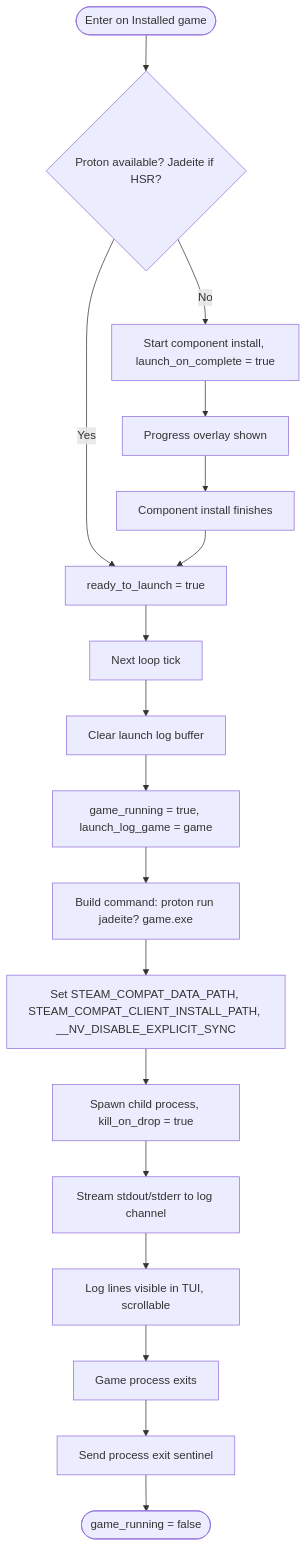
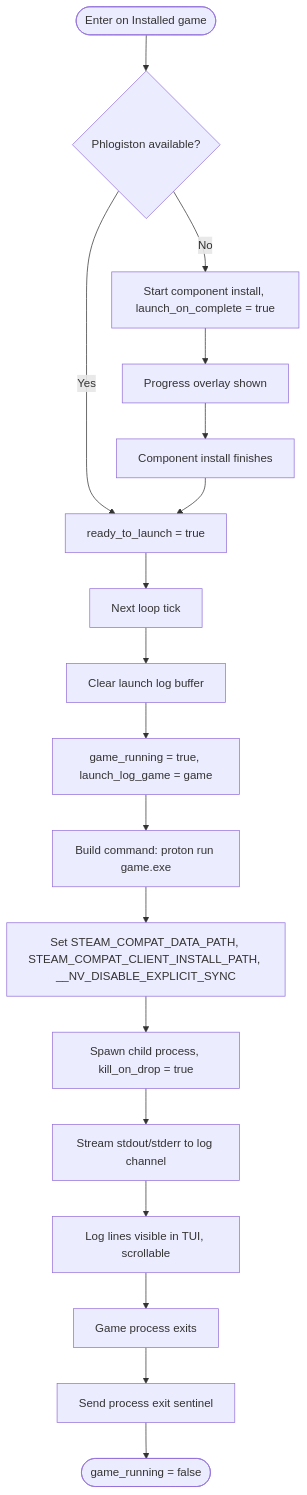
Before and after one commit to ChakornK/elysiae-tui: diagram 15 of 21 in UX.md, drawn with Mermaid. The commit also changed other lines of this file and 9 other files, not shown here.

````diff
--- a/UX.md
+++ b/UX.md
@@ -376,20 +367,20 @@
 ```mermaid
 flowchart TD
-    Press([Enter on Installed game]) --> CheckComp{Proton available? Jadeite if HSR?}
+    Press([Enter on Installed game]) --> CheckComp{Phlogiston available?}
     CheckComp -->|Yes| SetReady[ready_to_launch = true]
     CheckComp -->|No| InstallComp[Start component install, launch_on_complete = true]
     InstallComp --> Progress[Progress overlay shown]
     Progress --> CompDone[Component install finishes]
     CompDone --> SetReady
     SetReady --> NextTick[Next loop tick]
     NextTick --> ClearLog[Clear launch log buffer]
     ClearLog --> SetRunning[game_running = true, launch_log_game = game]
-    SetRunning --> BuildCmd[Build command: proton run jadeite? game.exe]
+    SetRunning --> BuildCmd[Build command: proton run game.exe]
     BuildCmd --> SetEnv[Set STEAM_COMPAT_DATA_PATH, STEAM_COMPAT_CLIENT_INSTALL_PATH, __NV_DISABLE_EXPLICIT_SYNC]
     SetEnv --> SpawnProc[Spawn child process, kill_on_drop = true]
     SpawnProc --> PipeOutput[Stream stdout/stderr to log channel]
     PipeOutput --> StreamLog[Log lines visible in TUI, scrollable]
     StreamLog --> Exit[Game process exits]
     Exit --> Sentinel[Send process exit sentinel]
     Sentinel --> ClearRunning([game_running = false])
 ```
````
